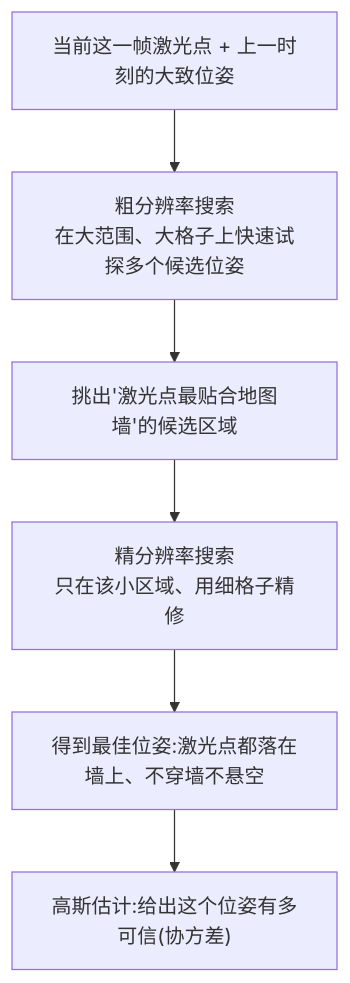
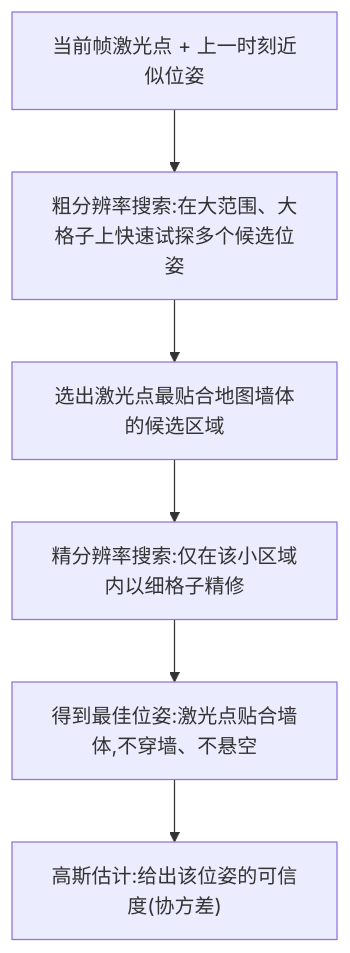
One commit to Drahann/OpenHarmonyCar changed the eighth of 33 diagrams in 竞赛文档/作品设计文档.md. Above: the diagram before and after it, drawn with Mermaid. The commit also changed other lines of this file and 37 other files, not shown here.

````diff
--- a/竞赛文档/作品设计文档.md
+++ b/竞赛文档/作品设计文档.md
@@ -449,8 +411,8 @@
 ```mermaid
 flowchart TB
-  IN["当前这一帧激光点 + 上一时刻的大致位姿"] --> COARSE["粗分辨率搜索<br/>在大范围、大格子上快速试探多个候选位姿"]
-  COARSE --> PICK1["挑出'激光点最贴合地图墙'的候选区域"]
-  PICK1 --> FINE["精分辨率搜索<br/>只在该小区域、用细格子精修"]
-  FINE --> BEST["得到最佳位姿:激光点都落在墙上、不穿墙不悬空"]
-  BEST --> COV["高斯估计:给出这个位姿有多可信(协方差)"]
+  IN["当前帧激光点 + 上一时刻近似位姿"] --> COARSE["粗分辨率搜索:在大范围、大格子上快速试探多个候选位姿"]
+  COARSE --> PICK1["选出激光点最贴合地图墙体的候选区域"]
+  PICK1 --> FINE["精分辨率搜索:仅在该小区域内以细格子精修"]
+  FINE --> BEST["得到最佳位姿:激光点贴合墙体,不穿墙、不悬空"]
+  BEST --> COV["高斯估计:给出该位姿的可信度(协方差)"]
 ```
````
